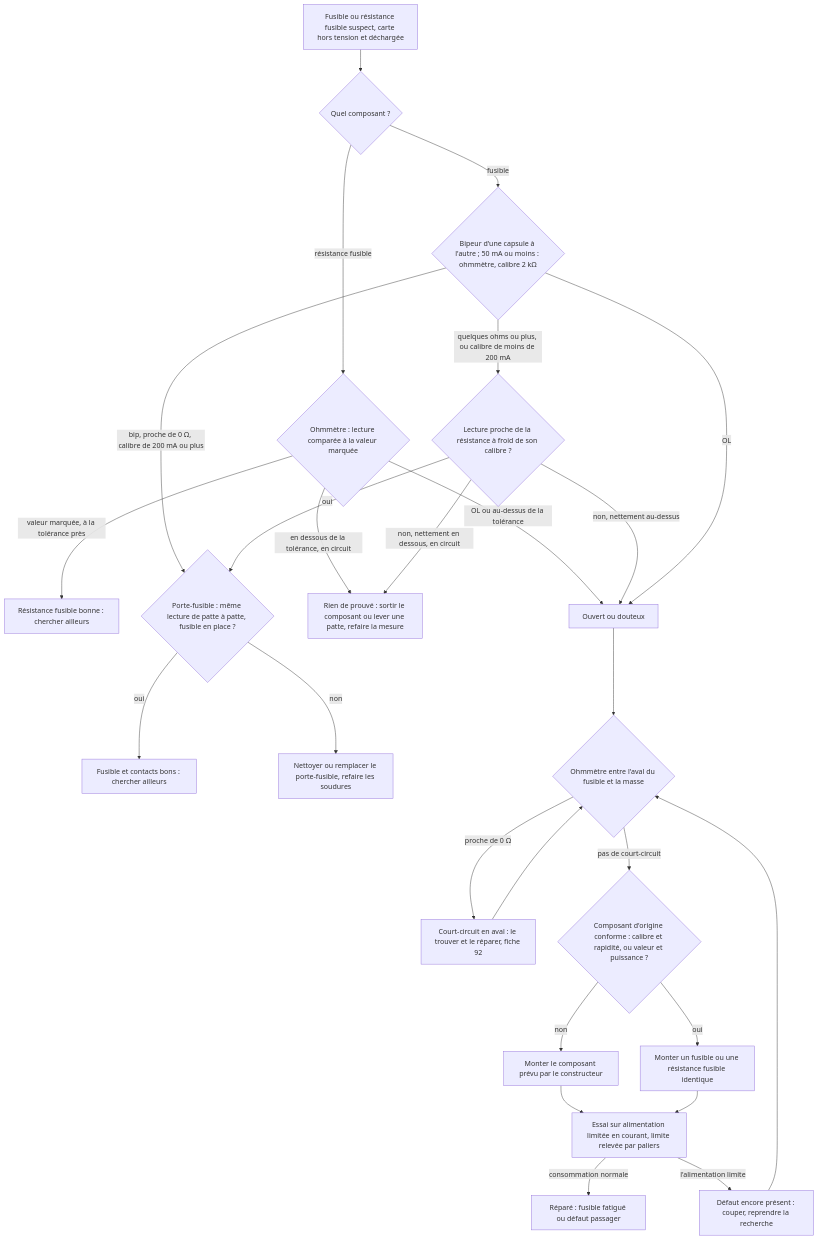
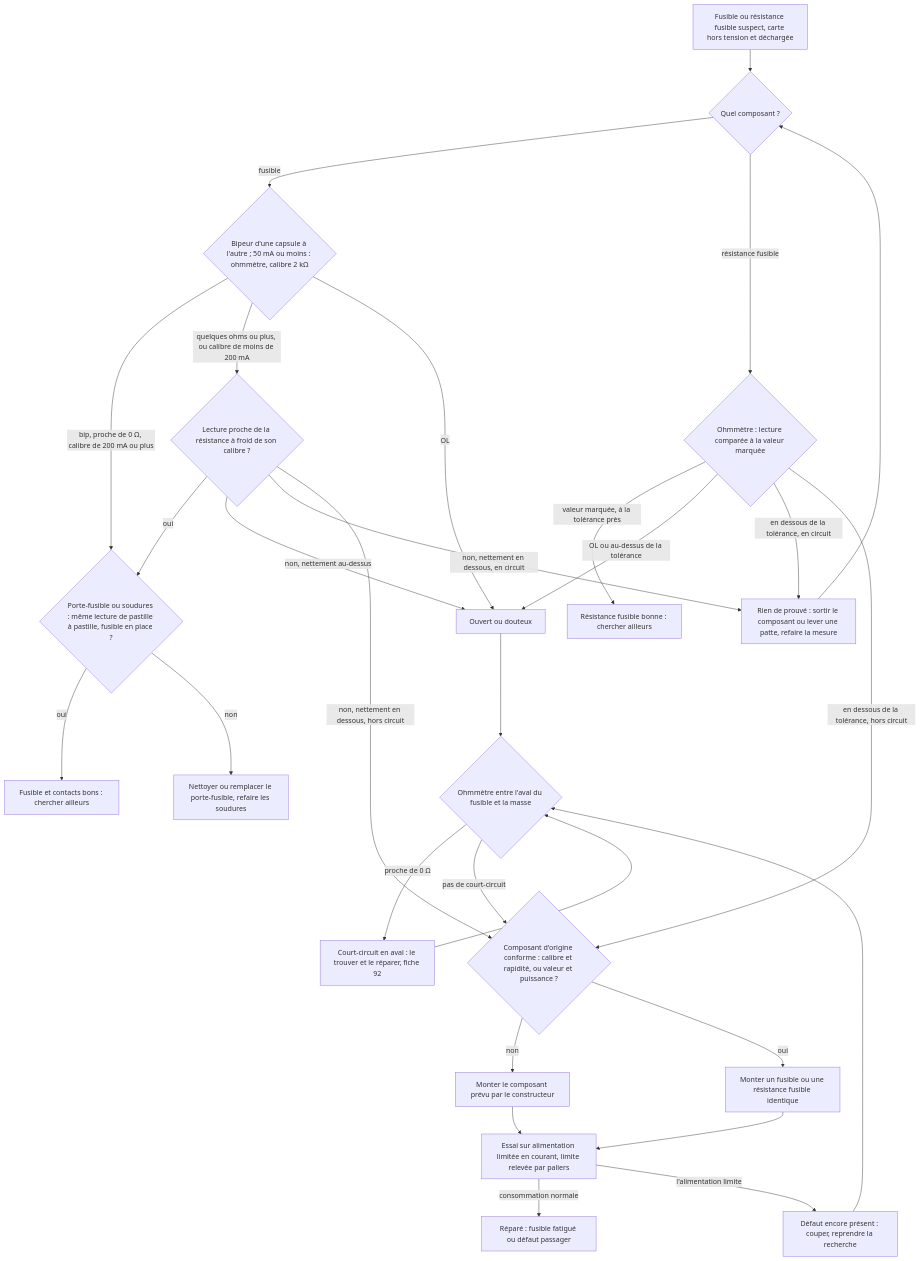
One commit to benoit-bremaud/ohm-sweet-ohm changed the diagram in troubleshooting/13_fusible/README.md. Above: the diagram before and after it, drawn with Mermaid. The commit also changed other lines of this file and 3 other files, not shown here.

````diff
--- a/troubleshooting/13_fusible/README.md
+++ b/troubleshooting/13_fusible/README.md
@@ -184,28 +184,31 @@
 ```mermaid
 flowchart TD
   A[Fusible ou résistance fusible suspect, carte hors tension et déchargée] --> T{Quel composant ?}
   T -- fusible --> B{Bipeur d'une capsule à l'autre ; 50 mA ou moins : ohmmètre, calibre 2 kΩ}
   T -- résistance fusible --> U{Ohmmètre : lecture comparée à la valeur marquée}
   U -- valeur marquée, à la tolérance près --> V[Résistance fusible bonne : chercher ailleurs]
   U -- OL ou au-dessus de la tolérance --> G
   U -- en dessous de la tolérance, en circuit --> P
-  B -- bip, proche de 0 Ω, calibre de 200 mA ou plus --> C{Porte-fusible : même lecture de patte à patte, fusible en place ?}
+  U -- en dessous de la tolérance, hors circuit --> J
+  B -- bip, proche de 0 Ω, calibre de 200 mA ou plus --> C{Porte-fusible ou soudures : même lecture de pastille à pastille, fusible en place ?}
   C -- oui --> D[Fusible et contacts bons : chercher ailleurs]
   C -- non --> E[Nettoyer ou remplacer le porte-fusible, refaire les soudures]
   B -- quelques ohms ou plus, ou calibre de moins de 200 mA --> F{Lecture proche de la résistance à froid de son calibre ?}
   F -- oui --> C
   F -- non, nettement au-dessus --> G[Ouvert ou douteux]
   F -- non, nettement en dessous, en circuit --> P[Rien de prouvé : sortir le composant ou lever une patte, refaire la mesure]
+  P --> T
+  F -- non, nettement en dessous, hors circuit --> J
   B -- OL --> G
   G --> H{Ohmmètre entre l'aval du fusible et la masse}
   H -- proche de 0 Ω --> I[Court-circuit en aval : le trouver et le réparer, fiche 92]
   I --> H
   H -- pas de court-circuit --> J{Composant d'origine conforme : calibre et rapidité, ou valeur et puissance ?}
   J -- non --> K[Monter le composant prévu par le constructeur]
   J -- oui --> L[Monter un fusible ou une résistance fusible identique]
   K --> M[Essai sur alimentation limitée en courant, limite relevée par paliers]
   L --> M
   M -- consommation normale --> N[Réparé : fusible fatigué ou défaut passager]
   M -- l'alimentation limite --> O[Défaut encore présent : couper, reprendre la recherche]
   O --> H
 ```
````
